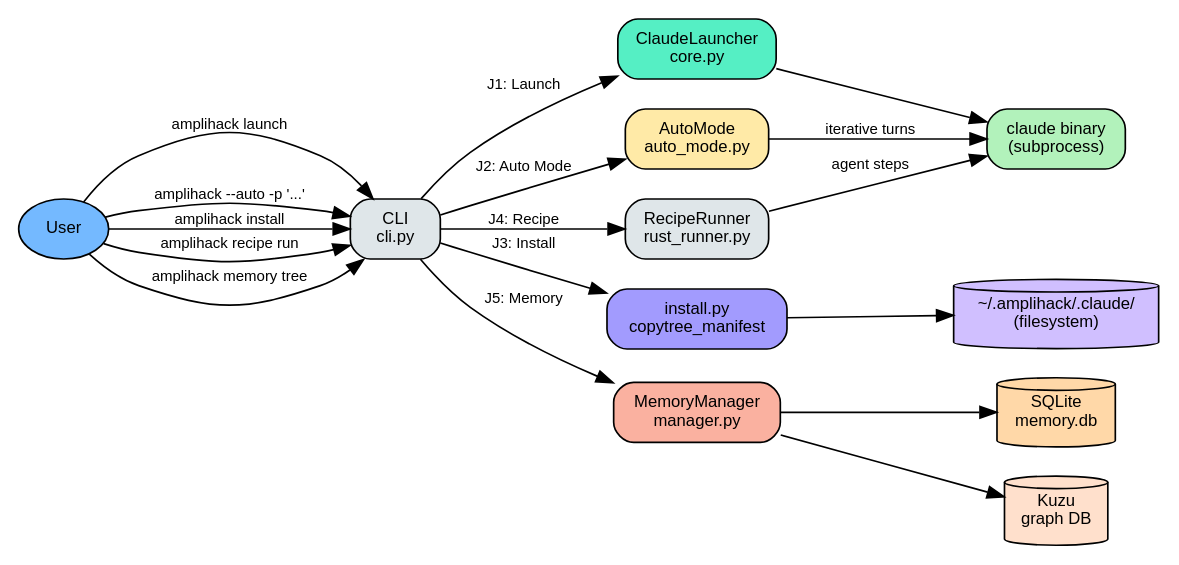
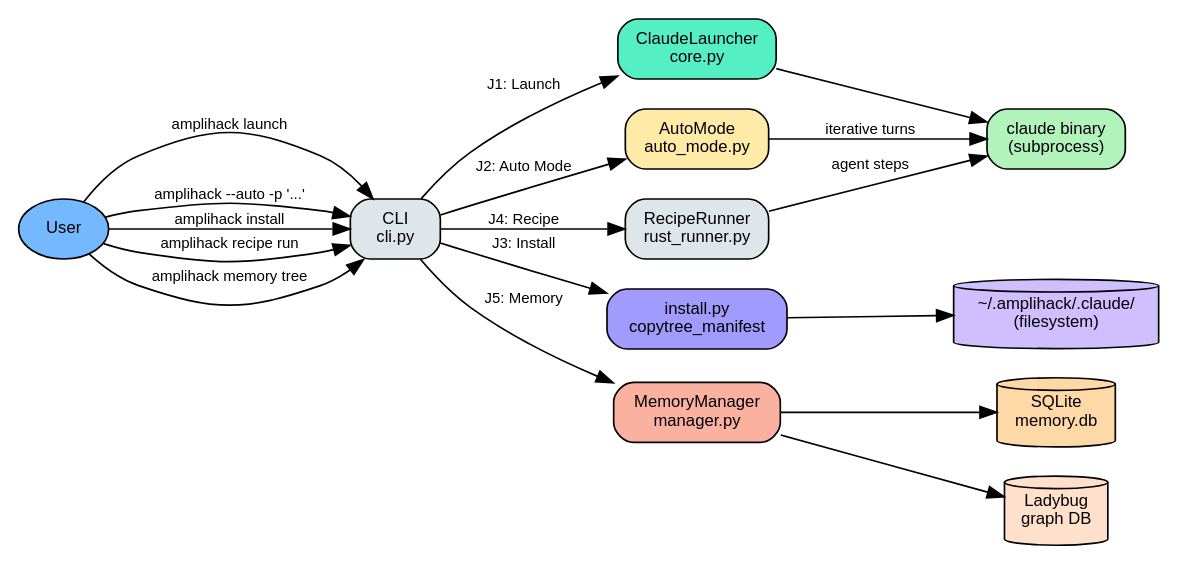
The diagram in docs/atlas/user-journeys/user-journeys-overview.dot (rysweet/amplihack), drawn with Graphviz before and after one commit. The commit also changed 10 other files, not shown here.

Commit message:
fix: update atlas diagrams for kuzu→ladybug rename

```diff
--- a/docs/atlas/user-journeys/user-journeys-overview.dot
+++ b/docs/atlas/user-journeys/user-journeys-overview.dot
@@ -1,56 +1,56 @@
 digraph user_journeys_overview {
     rankdir=LR;
     node [fontname="Helvetica", fontsize=10, shape=box, style="rounded,filled"];
     edge [fontname="Helvetica", fontsize=9];
 
     // Rank constraints for left-to-right flow
     { rank=same; user; }
     { rank=same; cli; }
     { rank=same; launcher; auto; install_mod; recipe; memory; }
-    { rank=same; claude_bin; sqlite; kuzu; fs; }
+    { rank=same; claude_bin; sqlite; ladybug; fs; }
 
     // User
     user [label="User", shape=ellipse, fillcolor="#74b9ff"];
 
     // Entry
     cli [label="CLI\ncli.py", fillcolor="#dfe6e9"];
 
     // Journey targets
     launcher [label="ClaudeLauncher\ncore.py", fillcolor="#55efc4"];
     auto [label="AutoMode\nauto_mode.py", fillcolor="#ffeaa7"];
     install_mod [label="install.py\ncopytree_manifest", fillcolor="#a29bfe"];
     recipe [label="RecipeRunner\nrust_runner.py", fillcolor="#dfe6e9"];
     memory [label="MemoryManager\nmanager.py", fillcolor="#fab1a0"];
 
     // Outcomes
     claude_bin [label="claude binary\n(subprocess)", fillcolor="#b2f2bb"];
     sqlite [label="SQLite\nmemory.db", shape=cylinder, fillcolor="#ffd8a8"];
-    kuzu [label="Kuzu\ngraph DB", shape=cylinder, fillcolor="#ffe0cc"];
+    ladybug [label="Ladybug\ngraph DB", shape=cylinder, fillcolor="#ffe0cc"];
     fs [label="~/.amplihack/.claude/\n(filesystem)", shape=cylinder, fillcolor="#d0bfff"];
 
     // Journey 1: Launch Claude
     user -> cli [label="amplihack launch"];
     cli -> launcher [label="J1: Launch"];
     launcher -> claude_bin;
 
     // Journey 2: Auto Mode
     user -> cli [label="amplihack --auto -p '...'"];
     cli -> auto [label="J2: Auto Mode"];
     auto -> claude_bin [label="iterative turns"];
 
     // Journey 3: Install
     user -> cli [label="amplihack install"];
     cli -> install_mod [label="J3: Install"];
     install_mod -> fs;
 
     // Journey 4: Recipe Run
     user -> cli [label="amplihack recipe run"];
     cli -> recipe [label="J4: Recipe"];
     recipe -> claude_bin [label="agent steps"];
 
     // Journey 5: Memory
     user -> cli [label="amplihack memory tree"];
     cli -> memory [label="J5: Memory"];
     memory -> sqlite;
-    memory -> kuzu;
+    memory -> ladybug;
 }
```
